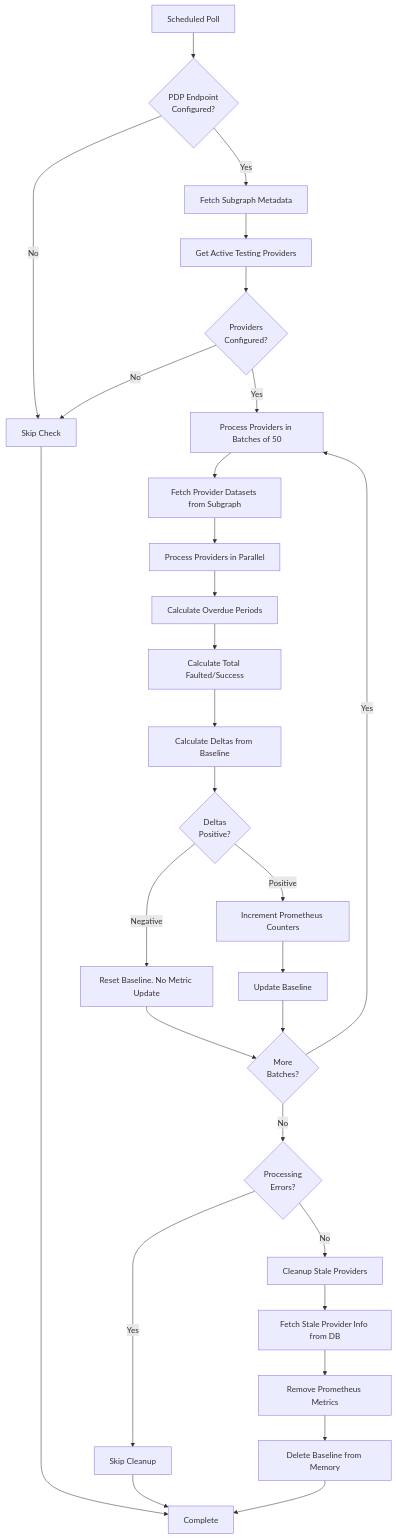
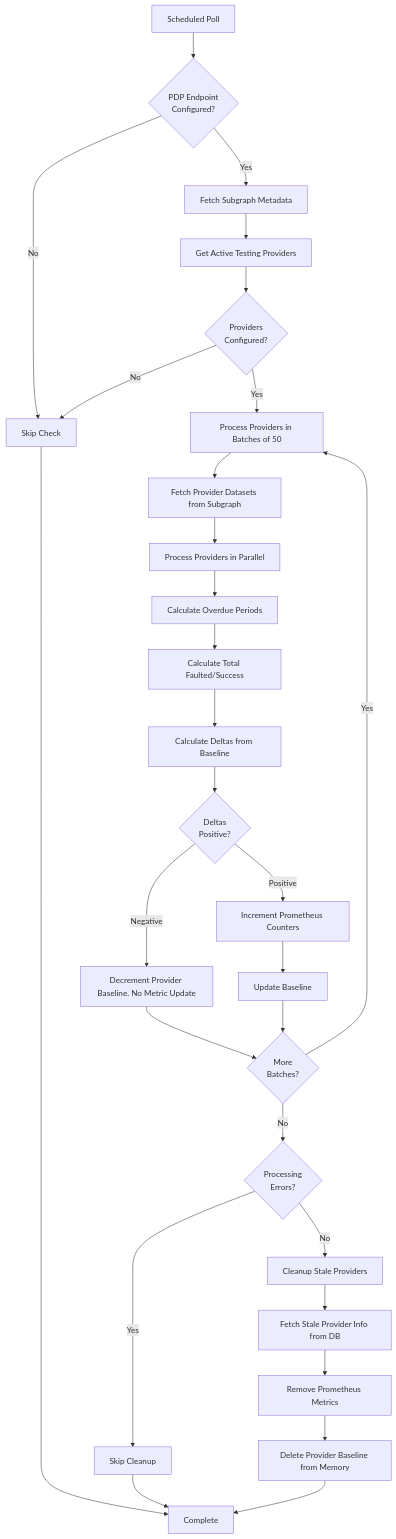
The diagram in docs/checks/data-retention.md (FilOzone/dealbot), drawn with Mermaid before and after one commit.

Commit message:
docs: address comments

````diff
--- a/docs/checks/data-retention.md
+++ b/docs/checks/data-retention.md
@@ -199,36 +199,36 @@
 ```mermaid
 flowchart TD
     Start[Scheduled Poll] --> CheckEndpoint{PDP Endpoint<br/>Configured?}
     CheckEndpoint -->|No| Skip[Skip Check]
     CheckEndpoint -->|Yes| FetchMeta[Fetch Subgraph Metadata]
     FetchMeta --> GetProviders[Get Active Testing Providers]
     GetProviders --> CheckProviders{Providers<br/>Configured?}
     CheckProviders -->|No| Skip
     CheckProviders -->|Yes| BatchLoop[Process Providers in Batches of 50]
 
     BatchLoop --> FetchData[Fetch Provider Datasets from Subgraph]
     FetchData --> ProcessParallel[Process Providers in Parallel]
     ProcessParallel --> CalcOverdue[Calculate Overdue Periods]
     CalcOverdue --> CalcTotals[Calculate Total Faulted/Success]
     CalcTotals --> CalcDeltas[Calculate Deltas from Baseline]
     CalcDeltas --> CheckDeltas{Deltas<br/>Positive?}
 
-    CheckDeltas -->|Negative| ResetBaseline[Reset Baseline. No Metric Update]
+    CheckDeltas -->|Negative| ResetBaseline[Decrement Provider Baseline. No Metric Update]
     CheckDeltas -->|Positive| IncrementMetrics[Increment Prometheus Counters]
     IncrementMetrics --> UpdateBaseline[Update Baseline]
     ResetBaseline --> MoreBatches{More<br/>Batches?}
     UpdateBaseline --> MoreBatches
 
     MoreBatches -->|Yes| BatchLoop
     MoreBatches -->|No| CheckErrors{Processing<br/>Errors?}
     CheckErrors -->|Yes| SkipCleanup[Skip Cleanup]
     CheckErrors -->|No| Cleanup[Cleanup Stale Providers]
 
     Cleanup --> FetchStale[Fetch Stale Provider Info from DB]
     FetchStale --> RemoveMetrics[Remove Prometheus Metrics]
-    RemoveMetrics --> DeleteBaseline[Delete Baseline from Memory]
+    RemoveMetrics --> DeleteBaseline[Delete Provider Baseline from Memory]
 
     SkipCleanup --> End[Complete]
     DeleteBaseline --> End
     Skip --> End
 ```
````
